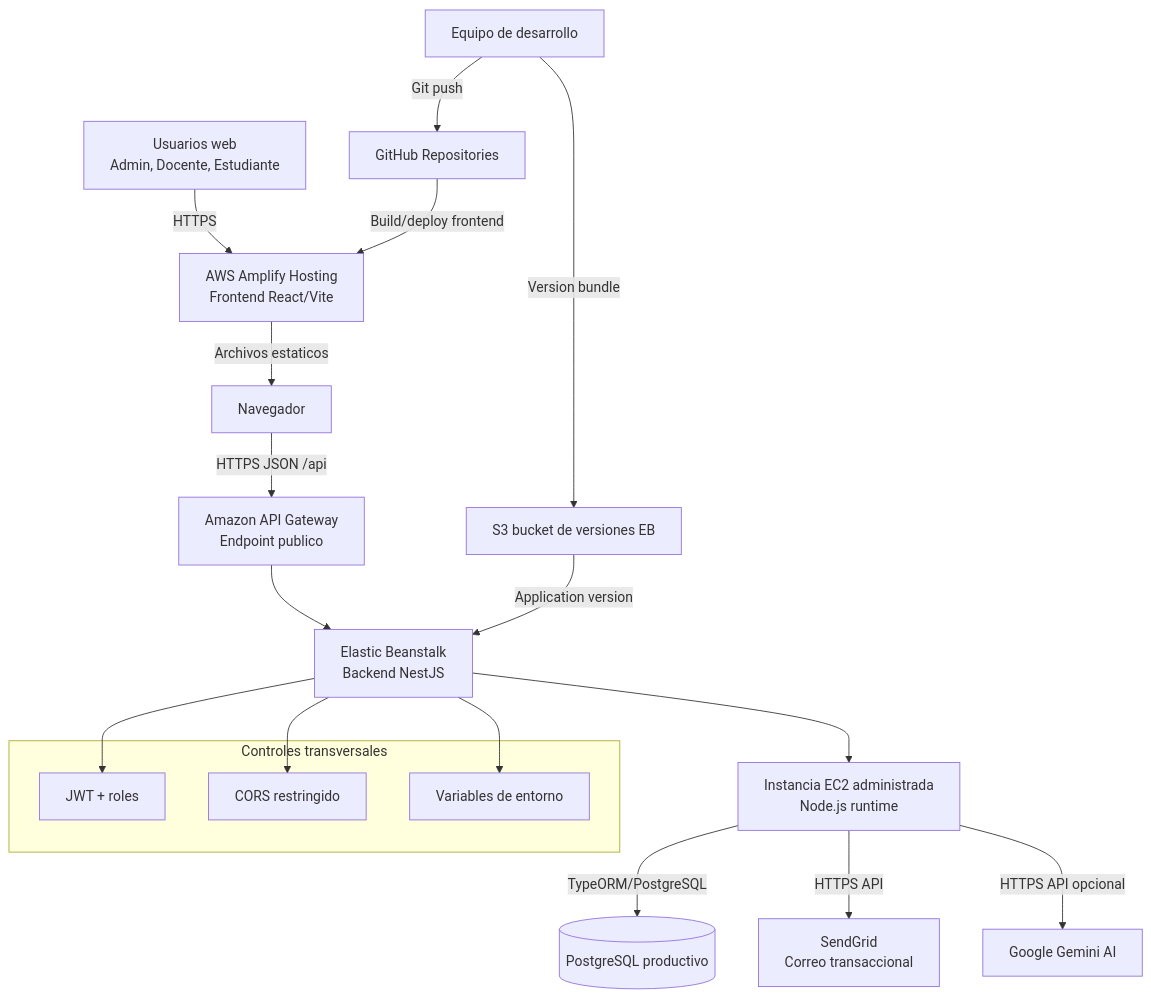
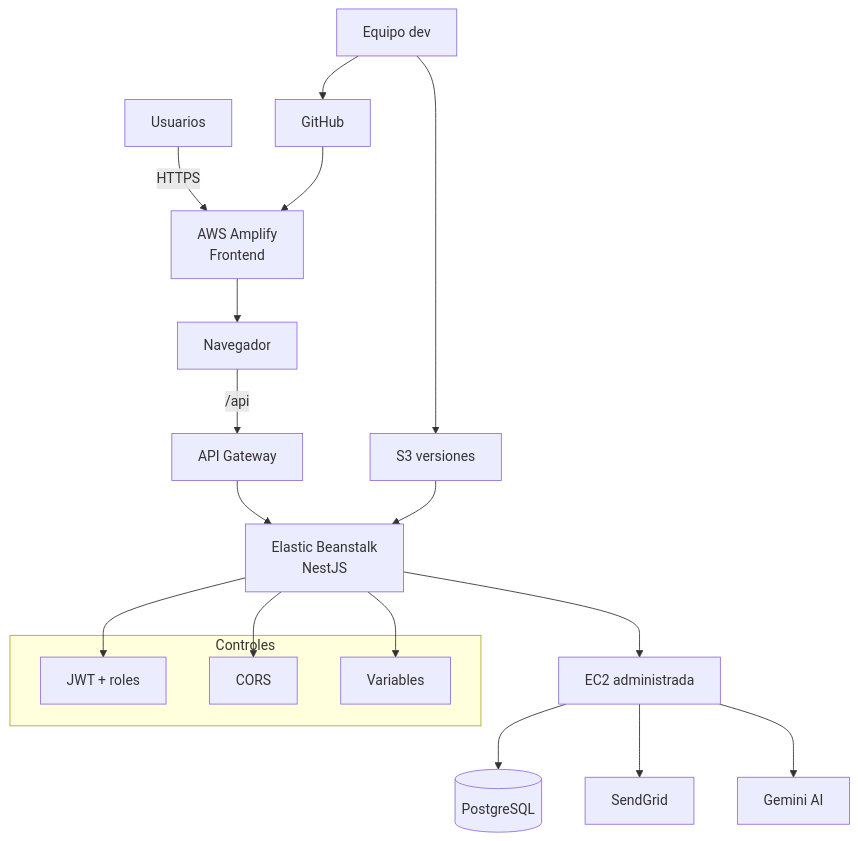
One commit to Proyecto-grado-ucc/proyectoGrado-server changed the diagram in docs/diagramas/14_despliegue_aws.mmd. Above: the diagram before and after it, drawn with Mermaid. The commit also changed 26 other files, not shown here.

Commit message:
docs: improve diagram readability

```diff
--- a/docs/diagramas/14_despliegue_aws.mmd
+++ b/docs/diagramas/14_despliegue_aws.mmd
@@ -1,23 +1,24 @@
 flowchart TD
-  U[Usuarios web<br/>Admin, Docente, Estudiante] -->|HTTPS| CDN[AWS Amplify Hosting<br/>Frontend React/Vite]
-  CDN -->|Archivos estaticos| Browser[Navegador]
-  Browser -->|HTTPS JSON /api| APIGW[Amazon API Gateway<br/>Endpoint publico]
-  APIGW --> EB[Elastic Beanstalk<br/>Backend NestJS]
-  EB --> EC2[Instancia EC2 administrada<br/>Node.js runtime]
-  EC2 -->|TypeORM/PostgreSQL| DB[(PostgreSQL productivo)]
-  EC2 -->|HTTPS API| SG[SendGrid<br/>Correo transaccional]
-  EC2 -->|HTTPS API opcional| Gemini[Google Gemini AI]
-  Dev[Equipo de desarrollo] -->|Git push| GH[GitHub Repositories]
-  GH -->|Build/deploy frontend| CDN
-  Dev -->|Version bundle| S3[S3 bucket de versiones EB]
-  S3 -->|Application version| EB
+  U["Usuarios"] -->|HTTPS| AMP["AWS Amplify<br/>Frontend"]
+  AMP --> BR["Navegador"]
+  BR -->|/api| GW["API Gateway"]
+  GW --> EB["Elastic Beanstalk<br/>NestJS"]
+  EB --> EC2["EC2 administrada"]
+  EC2 --> DB[("PostgreSQL")]
+  EC2 --> SG["SendGrid"]
+  EC2 --> GM["Gemini AI"]
 
-  subgraph Seguridad[Controles transversales]
-    JWT[JWT + roles]
-    CORS[CORS restringido]
-    ENV[Variables de entorno]
+  DEV["Equipo dev"] --> GH["GitHub"]
+  GH --> AMP
+  DEV --> S3["S3 versiones"]
+  S3 --> EB
+
+  subgraph SEC["Controles"]
+    JWT["JWT + roles"]
+    CORS["CORS"]
+    ENV["Variables"]
   end
 
   EB --> JWT
   EB --> CORS
   EB --> ENV
```
